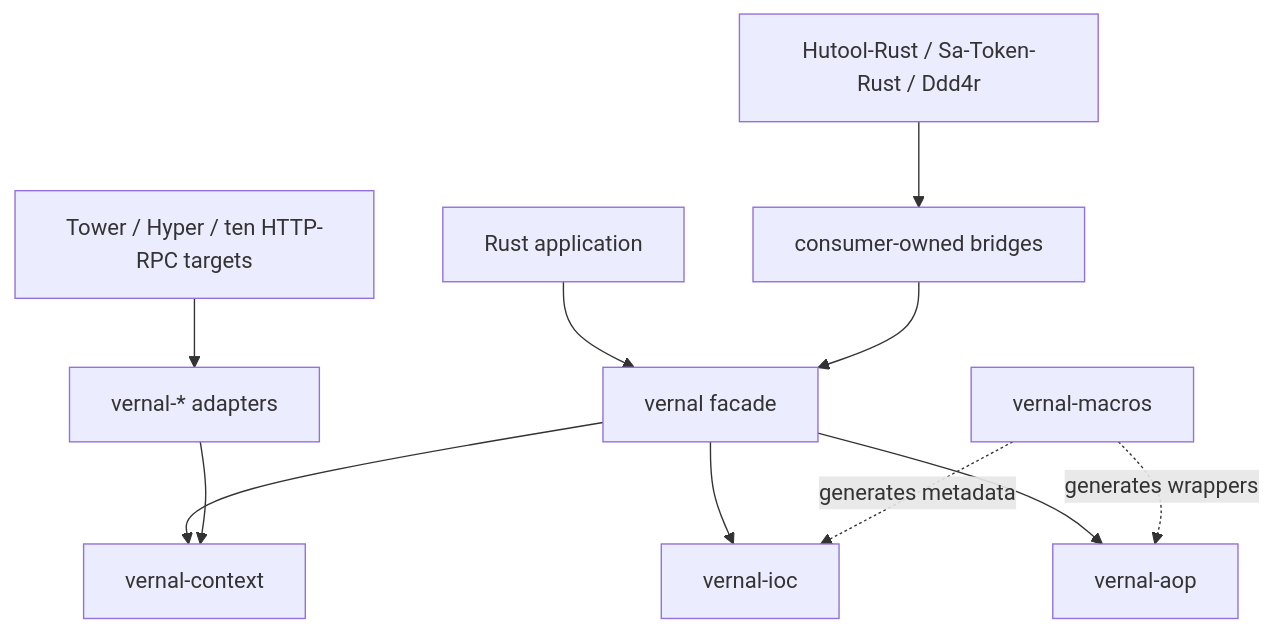
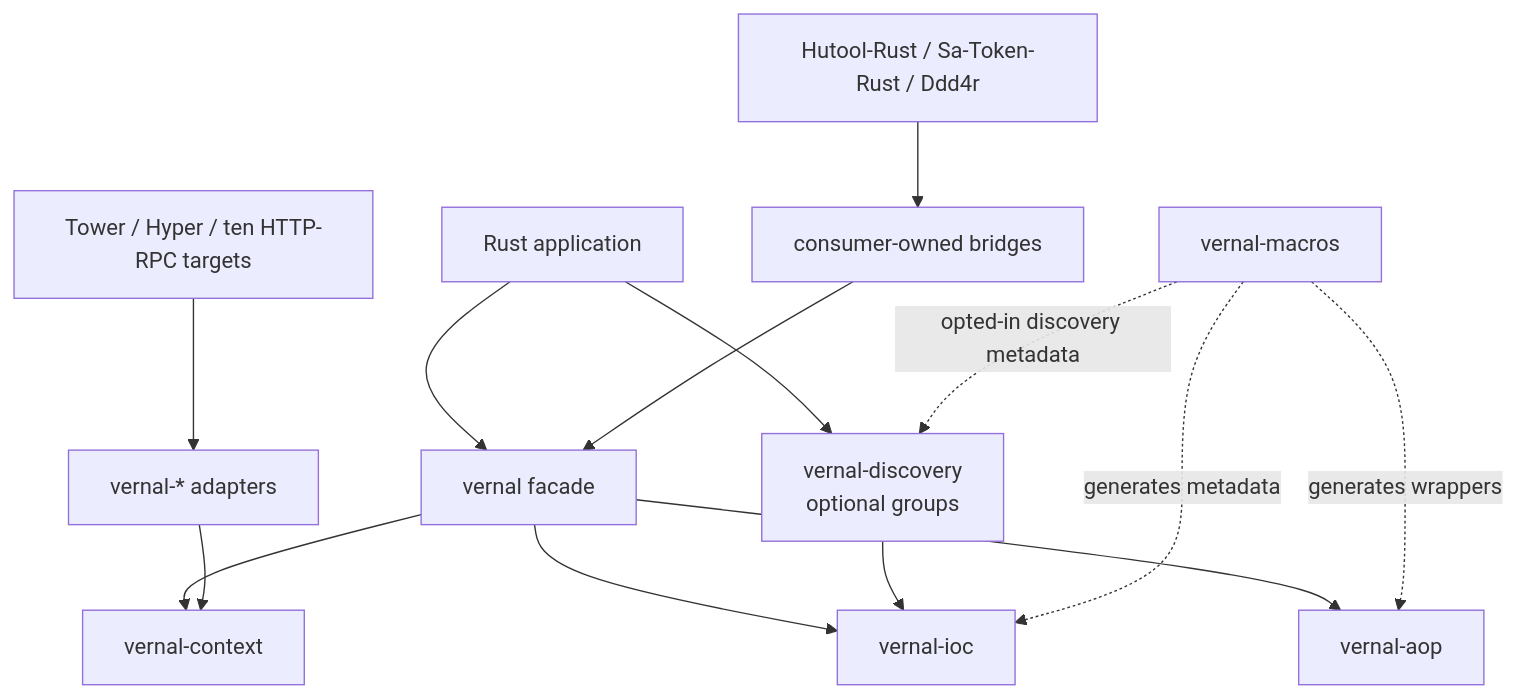
The second of 27 diagrams in docs/Vernal-Architecture.md (easy-4-rust/vernal), drawn with Mermaid before and after one commit. The commit also changed other lines of this file and 25 other files, not shown here.

````diff
--- a/docs/Vernal-Architecture.md
+++ b/docs/Vernal-Architecture.md
@@ -209,13 +214,16 @@
 ```mermaid
 flowchart TB
     App["Rust application"] --> Facade["vernal facade"]
     Facade --> Context["vernal-context"]
     Facade --> IoC["vernal-ioc"]
     Facade --> AOP["vernal-aop"]
+    App --> Discovery["vernal-discovery<br/>optional groups"]
+    Discovery --> IoC
     Macros["vernal-macros"] -. generates metadata .-> IoC
+    Macros -. opted-in discovery metadata .-> Discovery
     Macros -. generates wrappers .-> AOP
     Web["Tower / Hyper / ten HTTP-RPC targets"] --> Adapters["vernal-* adapters"]
     Adapters --> Context
     Consumers["Hutool-Rust / Sa-Token-Rust / Ddd4r"] --> Bridges["consumer-owned bridges"]
     Bridges --> Facade
 ```
````
